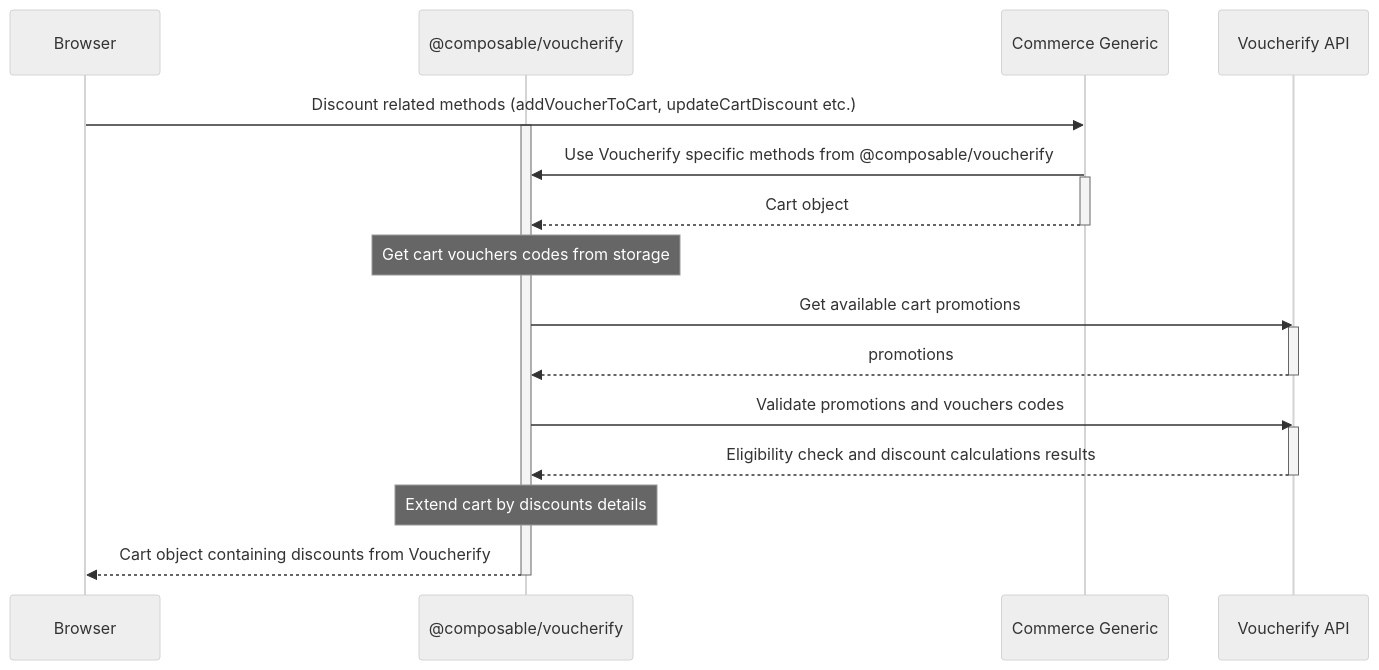
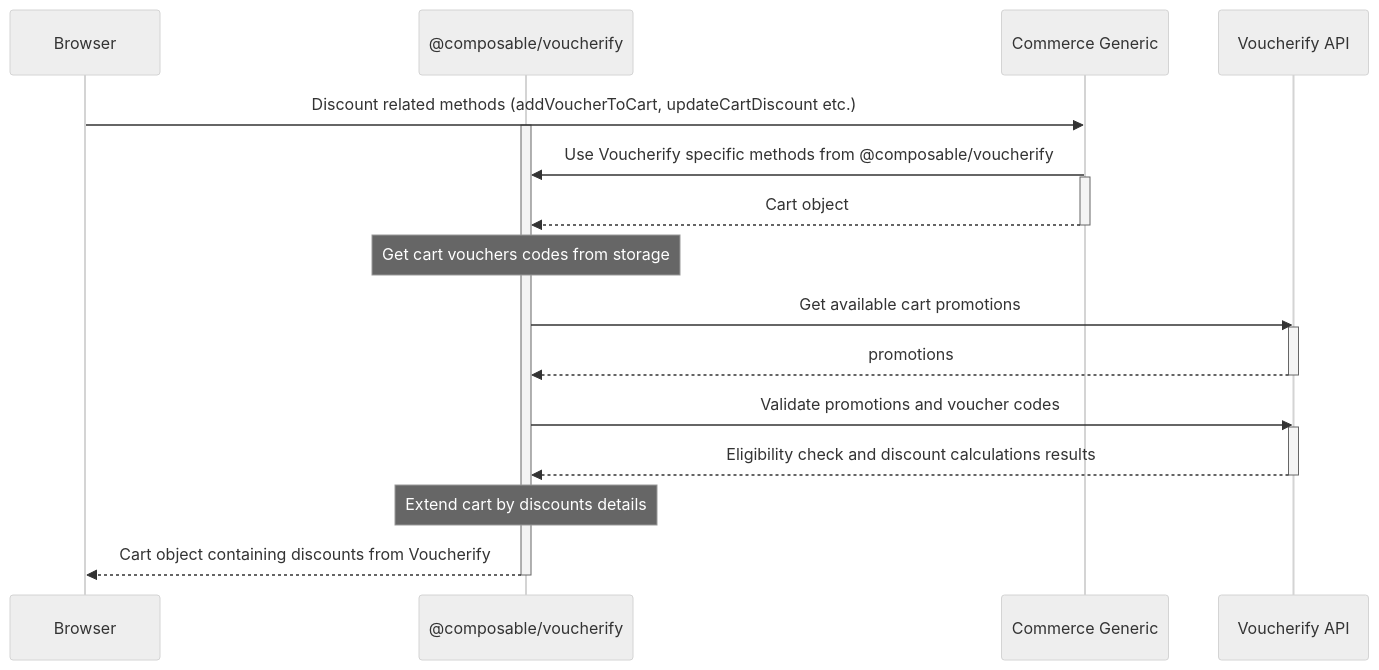
One commit to weronika-kurczyna/composable-ui-fork-test changed the diagram in docs/docs/integrations/promotions/voucherify.md. Above: the diagram before and after it, drawn with Mermaid (neutral theme). The commit also changed other lines of this file and 24 other files, not shown here.

````diff
--- a/docs/docs/integrations/promotions/voucherify.md
+++ b/docs/docs/integrations/promotions/voucherify.md
@@ -21,25 +21,25 @@
 ```mermaid
 sequenceDiagram
   participant B as Browser
   participant CV as @composable/voucherify
   participant CGS as Commerce Generic
   participant V as Voucherify API
   B->>CGS: Discount related methods (addVoucherToCart, updateCartDiscount etc.)
     activate CV
   CGS->>CV: Use Voucherify specific methods from @composable/voucherify
   activate CGS
   CGS-->>CV: Cart object
   deactivate CGS
   Note over CV: Get cart vouchers codes from storage
   CV->>V: Get available cart promotions
   activate V
   V-->>CV: promotions
   deactivate V
-  CV->>V: Validate promotions and vouchers codes
+  CV->>V: Validate promotions and voucher codes
   activate V
   V-->>CV: Eligibility check and discount calculations results
   deactivate V
   Note over CV: Extend cart by discounts details
   CV-->>B: Cart object containing discounts from Voucherify
   deactivate CV
 ```
````
